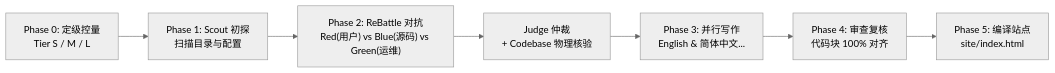
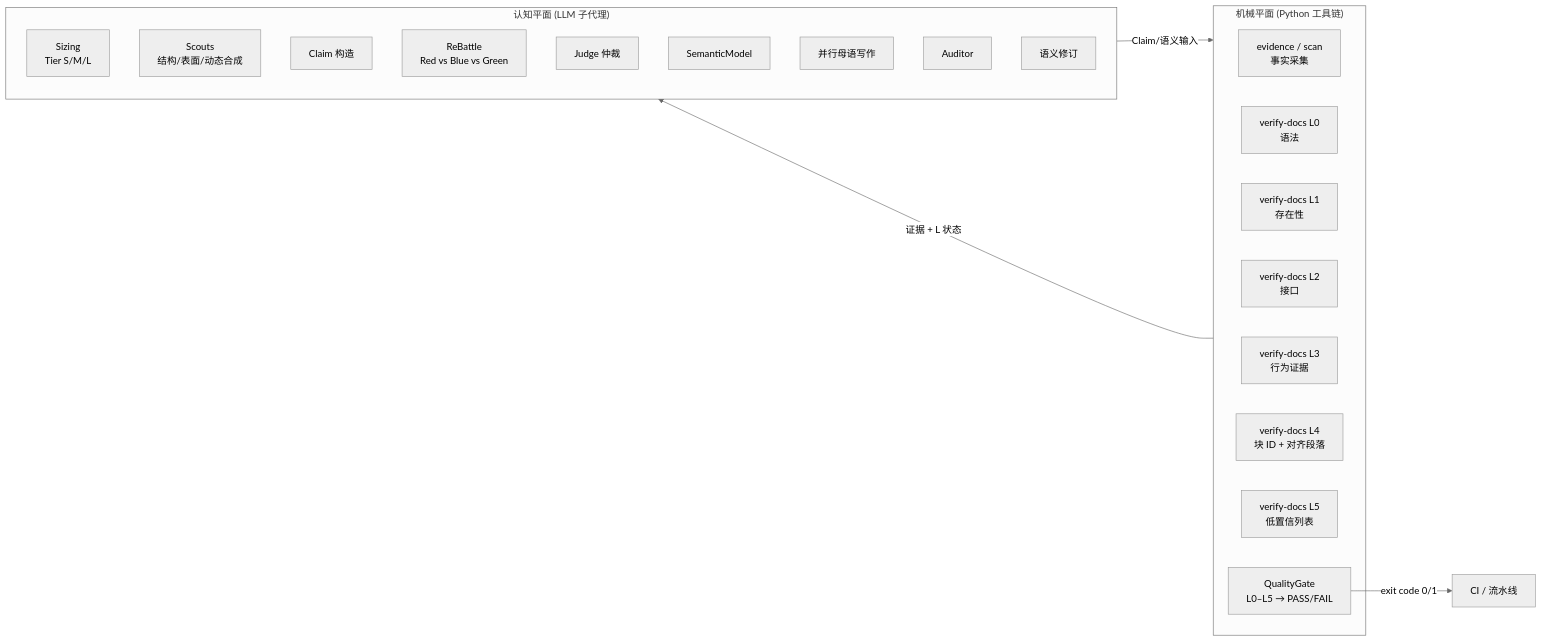
The diagram in README.md (somnifex/MakeWiki.skills), drawn with Mermaid (neutral theme) before and after one commit. The commit also changed other lines of this file and 61 other files, not shown here.

````diff
--- a/README.md
+++ b/README.md
@@ -86,9 +102,29 @@
 ```mermaid
 flowchart LR
-    Sizing["Phase 0: 定级控量<br/>Tier S / M / L"] --> Scout["Phase 1: Scout 初探<br/>扫描目录与配置"]
-    Scout --> ReBattle["Phase 2: ReBattle 对抗<br/>Red(用户) vs Blue(源码) vs Green(运维)"]
-    ReBattle --> Judge["Judge 仲裁<br/>+ Codebase 物理核验"]
-    Judge --> Writers["Phase 3: 并行写作<br/>English & 简体中文..."]
-    Writers --> Review["Phase 4: 审查复核<br/>代码块 100% 对齐"]
-    Review --> Site["Phase 5: 编译站点<br/>site/index.html"]
+    subgraph Cognitive["认知平面 (LLM 子代理)"]
+        Sizing["Sizing<br/>Tier S/M/L"]
+        Scout["Scouts<br/>结构/表面/动态合成"]
+        Claims["Claim 构造"]
+        ReB["ReBattle<br/>Red vs Blue vs Green"]
+        Judge["Judge 仲裁"]
+        Model["SemanticModel"]
+        Writers["并行母语写作"]
+        Audit["Auditor"]
+        Revise["语义修订"]
+    end
+
+    subgraph Mechanical["机械平面 (Python 工具链)"]
+        Evid["evidence / scan<br/>事实采集"]
+        V0["verify-docs L0<br/>语法"]
+        V1["verify-docs L1<br/>存在性"]
+        V2["verify-docs L2<br/>接口"]
+        V3["verify-docs L3<br/>行为证据"]
+        V4["verify-docs L4<br/>块 ID + 对齐段落"]
+        V5["verify-docs L5<br/>低置信列表"]
+        QG["QualityGate<br/>L0–L5 → PASS/FAIL"]
+    end
+
+    Cognitive -->|Claim/语义输入| Mechanical
+    Mechanical -->|证据 + L 状态| Cognitive
+    QG -->|exit code 0/1| CI[CI / 流水线]
 ```
````
